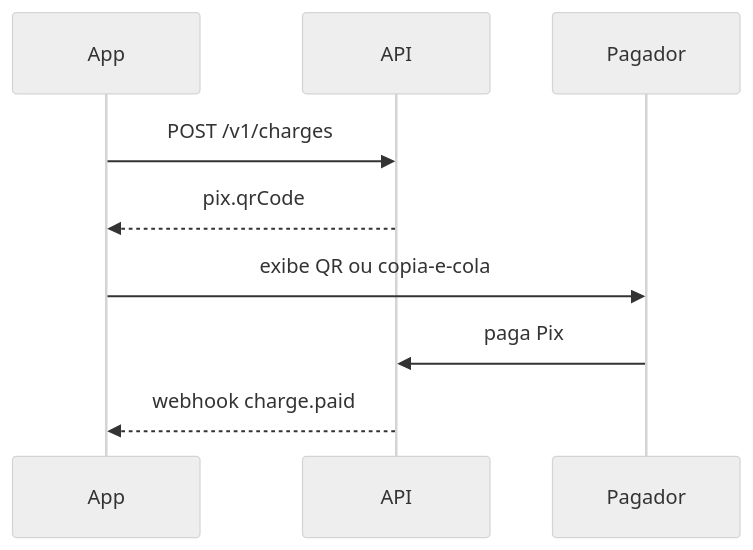
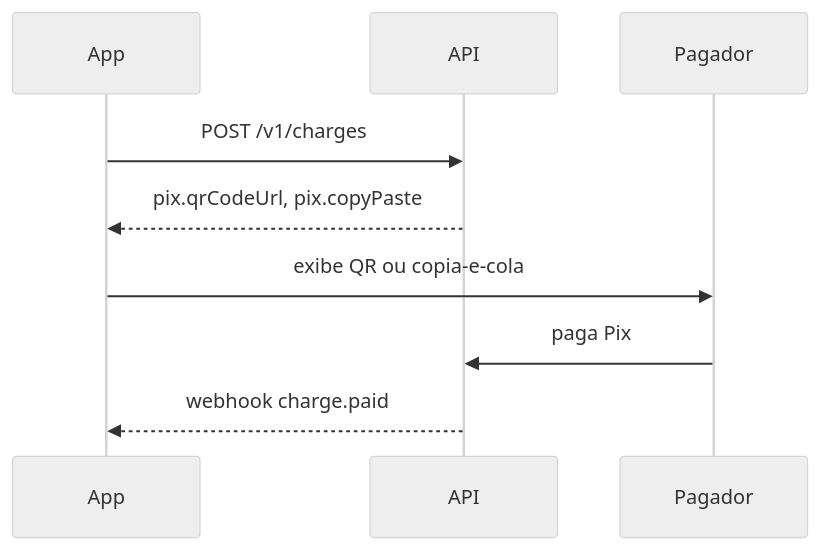
Before and after one commit to upaghq/documentation: the diagram in pages/guides/pix-charge.mdx, drawn with Mermaid (neutral theme). The commit also changed other lines of this file and 20 other files, not shown here.

````diff
--- a/pages/guides/pix-charge.mdx
+++ b/pages/guides/pix-charge.mdx
@@ -11,11 +11,11 @@
 ```mermaid
 sequenceDiagram
   participant App
   participant API
   participant Pagador
   App->>API: POST /v1/charges
-  API-->>App: pix.qrCode
+  API-->>App: pix.qrCodeUrl, pix.copyPaste
   App->>Pagador: exibe QR ou copia-e-cola
   Pagador->>API: paga Pix
   API-->>App: webhook charge.paid
 ```
````
